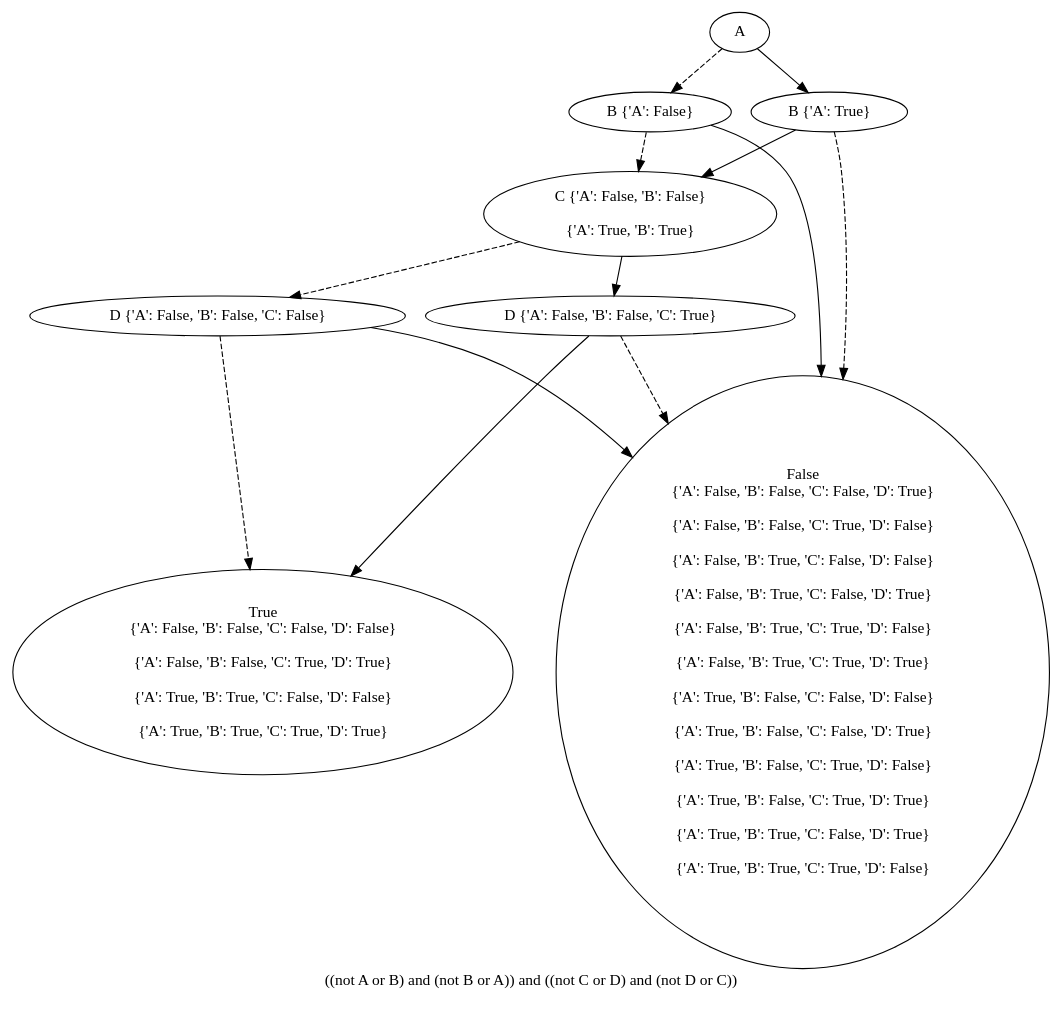
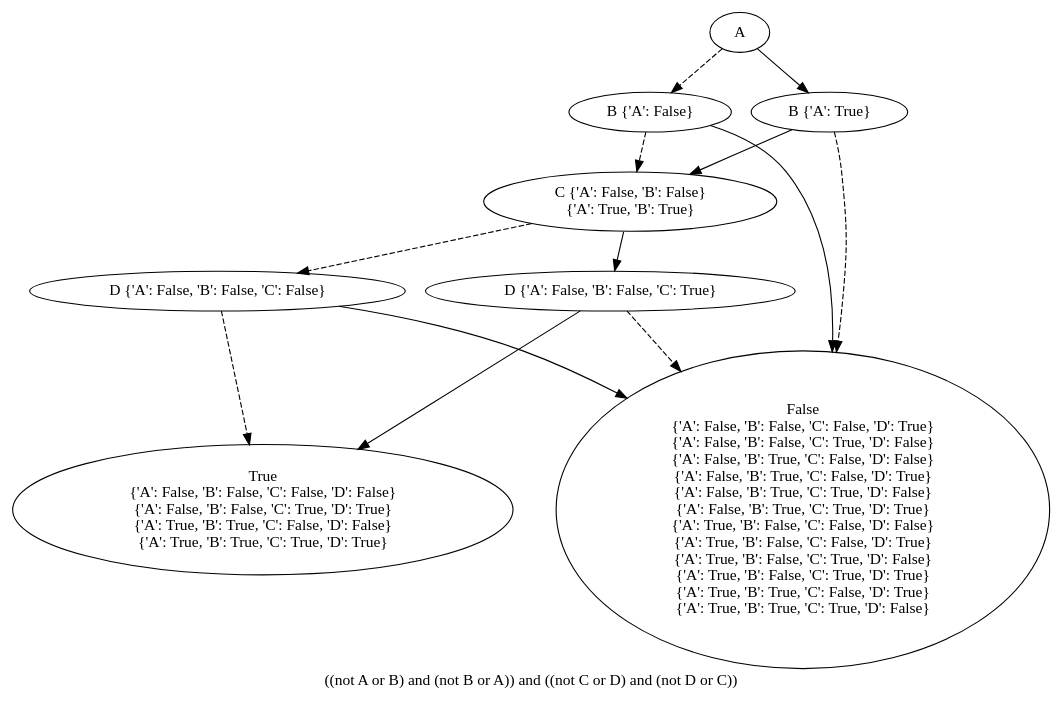
The diagram in BDD/out/reduced_out.dot (O1ez/IncreasingResilienceOfAutomatedVehicles), drawn with Graphviz before and after one commit. The commit also changed 6 other files, not shown here.

```diff
--- a/BDD/out/reduced_out.dot
+++ b/BDD/out/reduced_out.dot
@@ -1,137 +1,85 @@
 digraph{
 label="((not A or B) and (not B or A)) and ((not C or D) and (not D or C))\n\n"
-2235520286544[label=A]2235520286608[label="B {'A': False}"]
-2235520286544 -> 2235520286608[style=dashed]
-2235520286672[label="C {'A': False, 'B': False}
-
+2508201826192[label=A]2508205254544[label="B {'A': False}"]
+2508201826192 -> 2508205254544[style=dashed]
+2508205254672[label="C {'A': False, 'B': False}
 {'A': True, 'B': True}"]
-2235520286608 -> 2235520286672[style=dashed]
-2235520368720[label="D {'A': False, 'B': False, 'C': False}"]
-2235520286672 -> 2235520368720[style=dashed]
-2235520286416[label="True
+2508205254544 -> 2508205254672[style=dashed]
+2508205254800[label="D {'A': False, 'B': False, 'C': False}"]
+2508205254672 -> 2508205254800[style=dashed]
+2508204741456[label="True
 {'A': False, 'B': False, 'C': False, 'D': False}
-
 {'A': False, 'B': False, 'C': True, 'D': True}
-
 {'A': True, 'B': True, 'C': False, 'D': False}
-
 {'A': True, 'B': True, 'C': True, 'D': True}"]
-2235520368720 -> 2235520286416[style=dashed]
-2235520274768[label="False
+2508205254800 -> 2508204741456[style=dashed]
+2508205254480[label="False
 {'A': False, 'B': False, 'C': False, 'D': True}
-
 {'A': False, 'B': False, 'C': True, 'D': False}
-
 {'A': False, 'B': True, 'C': False, 'D': False}
-
 {'A': False, 'B': True, 'C': False, 'D': True}
-
 {'A': False, 'B': True, 'C': True, 'D': False}
-
 {'A': False, 'B': True, 'C': True, 'D': True}
-
 {'A': True, 'B': False, 'C': False, 'D': False}
-
 {'A': True, 'B': False, 'C': False, 'D': True}
-
 {'A': True, 'B': False, 'C': True, 'D': False}
-
 {'A': True, 'B': False, 'C': True, 'D': True}
-
 {'A': True, 'B': True, 'C': False, 'D': True}
-
 {'A': True, 'B': True, 'C': True, 'D': False}"]
-2235520368720 -> 2235520274768
-2235520370704[label="D {'A': False, 'B': False, 'C': True}"]
-2235520286672 -> 2235520370704
-2235520274768[label="False
+2508205254800 -> 2508205254480
+2508205254864[label="D {'A': False, 'B': False, 'C': True}"]
+2508205254672 -> 2508205254864
+2508205254480[label="False
 {'A': False, 'B': False, 'C': False, 'D': True}
-
 {'A': False, 'B': False, 'C': True, 'D': False}
-
 {'A': False, 'B': True, 'C': False, 'D': False}
-
 {'A': False, 'B': True, 'C': False, 'D': True}
-
 {'A': False, 'B': True, 'C': True, 'D': False}
-
 {'A': False, 'B': True, 'C': True, 'D': True}
-
 {'A': True, 'B': False, 'C': False, 'D': False}
-
 {'A': True, 'B': False, 'C': False, 'D': True}
-
 {'A': True, 'B': False, 'C': True, 'D': False}
-
 {'A': True, 'B': False, 'C': True, 'D': True}
-
 {'A': True, 'B': True, 'C': False, 'D': True}
-
 {'A': True, 'B': True, 'C': True, 'D': False}"]
-2235520370704 -> 2235520274768[style=dashed]
-2235520286416[label="True
+2508205254864 -> 2508205254480[style=dashed]
+2508204741456[label="True
 {'A': False, 'B': False, 'C': False, 'D': False}
-
 {'A': False, 'B': False, 'C': True, 'D': True}
-
 {'A': True, 'B': True, 'C': False, 'D': False}
-
 {'A': True, 'B': True, 'C': True, 'D': True}"]
-2235520370704 -> 2235520286416
-2235520274768[label="False
+2508205254864 -> 2508204741456
+2508205254480[label="False
 {'A': False, 'B': False, 'C': False, 'D': True}
-
 {'A': False, 'B': False, 'C': True, 'D': False}
-
 {'A': False, 'B': True, 'C': False, 'D': False}
-
 {'A': False, 'B': True, 'C': False, 'D': True}
-
 {'A': False, 'B': True, 'C': True, 'D': False}
-
 {'A': False, 'B': True, 'C': True, 'D': True}
-
 {'A': True, 'B': False, 'C': False, 'D': False}
-
 {'A': True, 'B': False, 'C': False, 'D': True}
-
 {'A': True, 'B': False, 'C': True, 'D': False}
-
 {'A': True, 'B': False, 'C': True, 'D': True}
-
 {'A': True, 'B': True, 'C': False, 'D': True}
-
 {'A': True, 'B': True, 'C': True, 'D': False}"]
-2235520286608 -> 2235520274768
-2235520526352[label="B {'A': True}"]
-2235520286544 -> 2235520526352
-2235520274768[label="False
+2508205254544 -> 2508205254480
+2508205255760[label="B {'A': True}"]
+2508201826192 -> 2508205255760
+2508205254480[label="False
 {'A': False, 'B': False, 'C': False, 'D': True}
-
 {'A': False, 'B': False, 'C': True, 'D': False}
-
 {'A': False, 'B': True, 'C': False, 'D': False}
-
 {'A': False, 'B': True, 'C': False, 'D': True}
-
 {'A': False, 'B': True, 'C': True, 'D': False}
-
 {'A': False, 'B': True, 'C': True, 'D': True}
-
 {'A': True, 'B': False, 'C': False, 'D': False}
-
 {'A': True, 'B': False, 'C': False, 'D': True}
-
 {'A': True, 'B': False, 'C': True, 'D': False}
-
 {'A': True, 'B': False, 'C': True, 'D': True}
-
 {'A': True, 'B': True, 'C': False, 'D': True}
-
 {'A': True, 'B': True, 'C': True, 'D': False}"]
-2235520526352 -> 2235520274768[style=dashed]
-2235520286672[label="C {'A': False, 'B': False}
-
+2508205255760 -> 2508205254480[style=dashed]
+2508205254672[label="C {'A': False, 'B': False}
 {'A': True, 'B': True}"]
-2235520526352 -> 2235520286672
+2508205255760 -> 2508205254672
 }
```
